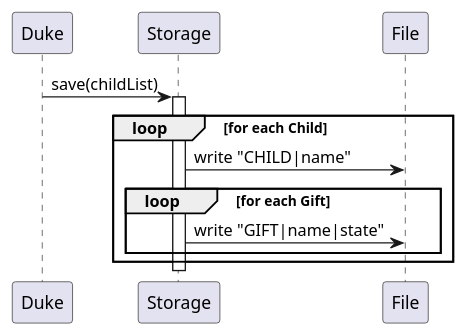
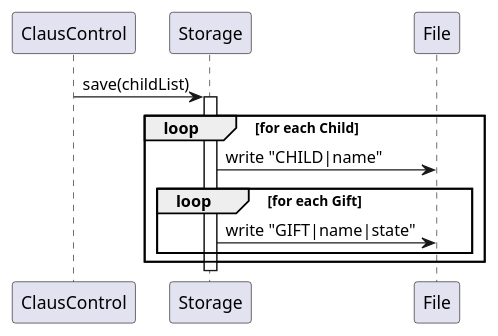
Before and after one commit to shrabasti-c/tp: the diagram in docs/diagrams/SaveDataSequenceDiagram.puml, drawn with PlantUML. The commit also changed 4 other files, not shown here.

Commit message:
Format the DG correctly and fix storage UML diagrams

```diff
--- a/docs/diagrams/SaveDataSequenceDiagram.puml
+++ b/docs/diagrams/SaveDataSequenceDiagram.puml
@@ -1,20 +1,20 @@
 @startuml
 
-participant Duke
+participant ClausControl
 participant Storage
 participant File
 
-Duke -> Storage : save(childList)
+ClausControl -> Storage : save(childList)
 activate Storage
 
 loop for each Child
     Storage -> File : write "CHILD|name"
 
     loop for each Gift
         Storage -> File : write "GIFT|name|state"
     end
 end
 
 deactivate Storage
 
 @enduml
```
